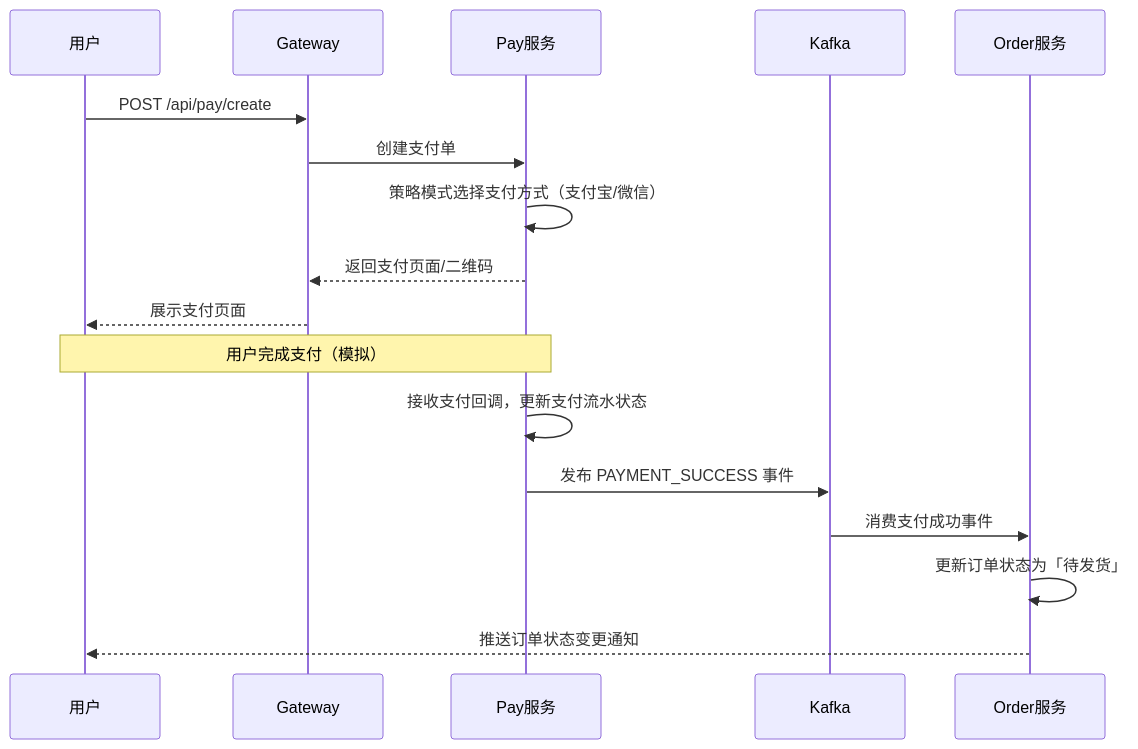
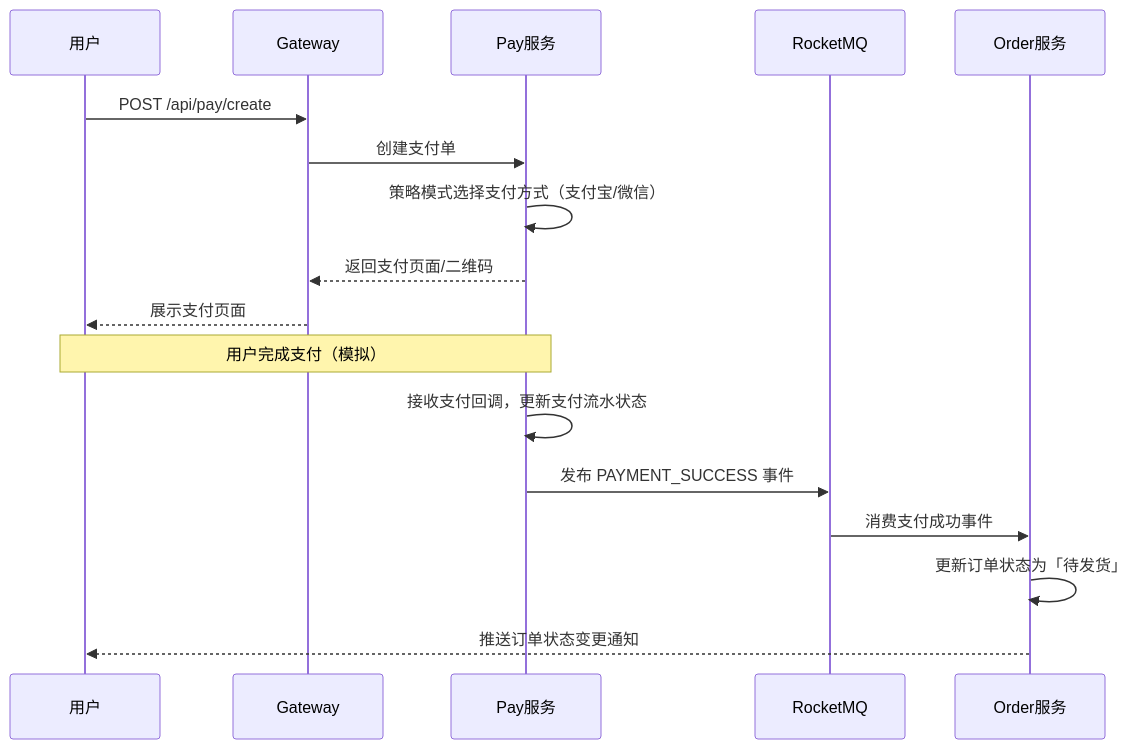
One commit to w18709894716/buy-you-want changed the third of 4 diagrams in docs/guide/architecture.md. Above: the diagram before and after it, drawn with Mermaid. The commit also changed other lines of this file and 35 other files, not shown here.

````diff
--- a/docs/guide/architecture.md
+++ b/docs/guide/architecture.md
@@ -125,23 +125,23 @@
 ```mermaid
 sequenceDiagram
     participant U as 用户
     participant GW as Gateway
     participant PAY as Pay服务
-    participant KF as Kafka
+    participant MQ as RocketMQ
     participant O as Order服务
 
     U->>GW: POST /api/pay/create
     GW->>PAY: 创建支付单
 
     PAY->>PAY: 策略模式选择支付方式（支付宝/微信）
     PAY-->>GW: 返回支付页面/二维码
     GW-->>U: 展示支付页面
 
     Note over U,PAY: 用户完成支付（模拟）
 
     PAY->>PAY: 接收支付回调，更新支付流水状态
-    PAY->>KF: 发布 PAYMENT_SUCCESS 事件
-    KF->>O: 消费支付成功事件
+    PAY->>MQ: 发布 PAYMENT_SUCCESS 事件
+    MQ->>O: 消费支付成功事件
     O->>O: 更新订单状态为「待发货」
     O-->>U: 推送订单状态变更通知
 ```
````
